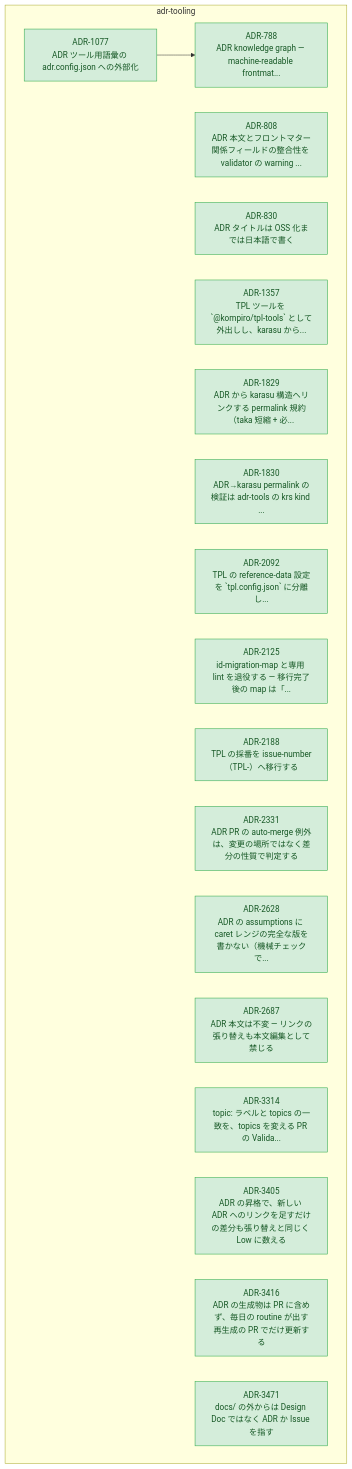
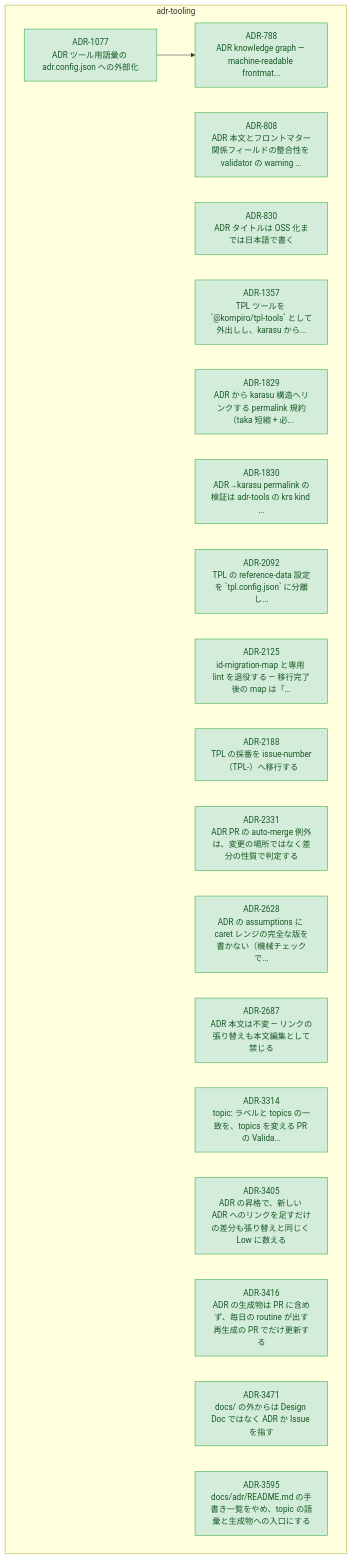
One commit to kompiro/karasu changed the diagram in docs/adr/graph/adr-tooling.md. Above: the diagram before and after it, drawn with Mermaid. The commit also changed 6 other files, not shown here.

````diff
--- a/docs/adr/graph/adr-tooling.md
+++ b/docs/adr/graph/adr-tooling.md
@@ -6,47 +6,49 @@
 ```mermaid
 flowchart TD
   subgraph adr-tooling["adr-tooling"]
     ADR_788["ADR-788<br/>ADR knowledge graph — machine-readable frontmat..."]
     ADR_808["ADR-808<br/>ADR 本文とフロントマター関係フィールドの整合性を validator の warning ..."]
     ADR_830["ADR-830<br/>ADR タイトルは OSS 化までは日本語で書く"]
     ADR_1077["ADR-1077<br/>ADR ツール用語彙の adr.config.json への外部化"]
     ADR_1357["ADR-1357<br/>TPL ツールを `@kompiro/tpl-tools` として外出しし、karasu から..."]
     ADR_1829["ADR-1829<br/>ADR から karasu 構造へリンクする permalink 規約（taka 短縮 + 必..."]
     ADR_1830["ADR-1830<br/>ADR→karasu permalink の検証は adr-tools の krs kind ..."]
     ADR_2092["ADR-2092<br/>TPL の reference-data 設定を `tpl.config.json` に分離し..."]
     ADR_2125["ADR-2125<br/>id-migration-map と専用 lint を退役する — 移行完了後の map は「..."]
     ADR_2188["ADR-2188<br/>TPL の採番を issue-number（TPL-<n>）へ移行する"]
     ADR_2331["ADR-2331<br/>ADR PR の auto-merge 例外は、変更の場所ではなく差分の性質で判定する"]
     ADR_2628["ADR-2628<br/>ADR の assumptions に caret レンジの完全な版を書かない（機械チェックで..."]
     ADR_2687["ADR-2687<br/>ADR 本文は不変 — リンクの張り替えも本文編集として禁じる"]
     ADR_3314["ADR-3314<br/>topic: ラベルと topics の一致を、topics を変える PR の Valida..."]
     ADR_3405["ADR-3405<br/>ADR の昇格で、新しい ADR へのリンクを足すだけの差分も張り替えと同じく Low に数える"]
     ADR_3416["ADR-3416<br/>ADR の生成物は PR に含めず、毎日の routine が出す再生成の PR でだけ更新する"]
     ADR_3471["ADR-3471<br/>docs/ の外からは Design Doc ではなく ADR か Issue を指す"]
+    ADR_3595["ADR-3595<br/>docs/adr/README.md の手書き一覧をやめ、topic の語彙と生成物への入口にする"]
   end
   ADR_1077 --> ADR_788
 
   classDef accepted fill:#d4edda,stroke:#28a745,color:#155724
   classDef proposed fill:#fff3cd,stroke:#ffc107,color:#856404
   classDef deprecated fill:#f8d7da,stroke:#dc3545,color:#721c24
   classDef superseded fill:#e2e3e5,stroke:#6c757d,color:#383d41
   classDef not_adopted fill:#e2e3e5,stroke:#6c757d,color:#383d41,stroke-dasharray:3 3
   classDef ghost fill:#f5f5f5,stroke:#adb5bd,color:#6c757d,stroke-dasharray:2 2
   class ADR_788 accepted
   class ADR_808 accepted
   class ADR_830 accepted
   class ADR_1077 accepted
   class ADR_1357 accepted
   class ADR_1829 accepted
   class ADR_1830 accepted
   class ADR_2092 accepted
   class ADR_2125 accepted
   class ADR_2188 accepted
   class ADR_2331 accepted
   class ADR_2628 accepted
   class ADR_2687 accepted
   class ADR_3314 accepted
   class ADR_3405 accepted
   class ADR_3416 accepted
   class ADR_3471 accepted
+  class ADR_3595 accepted
 ```
````
